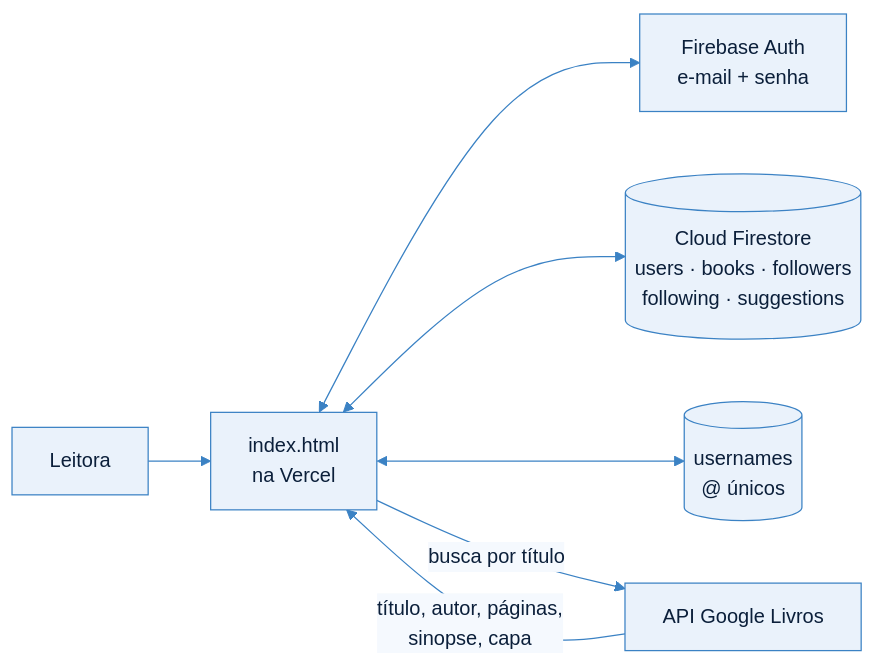
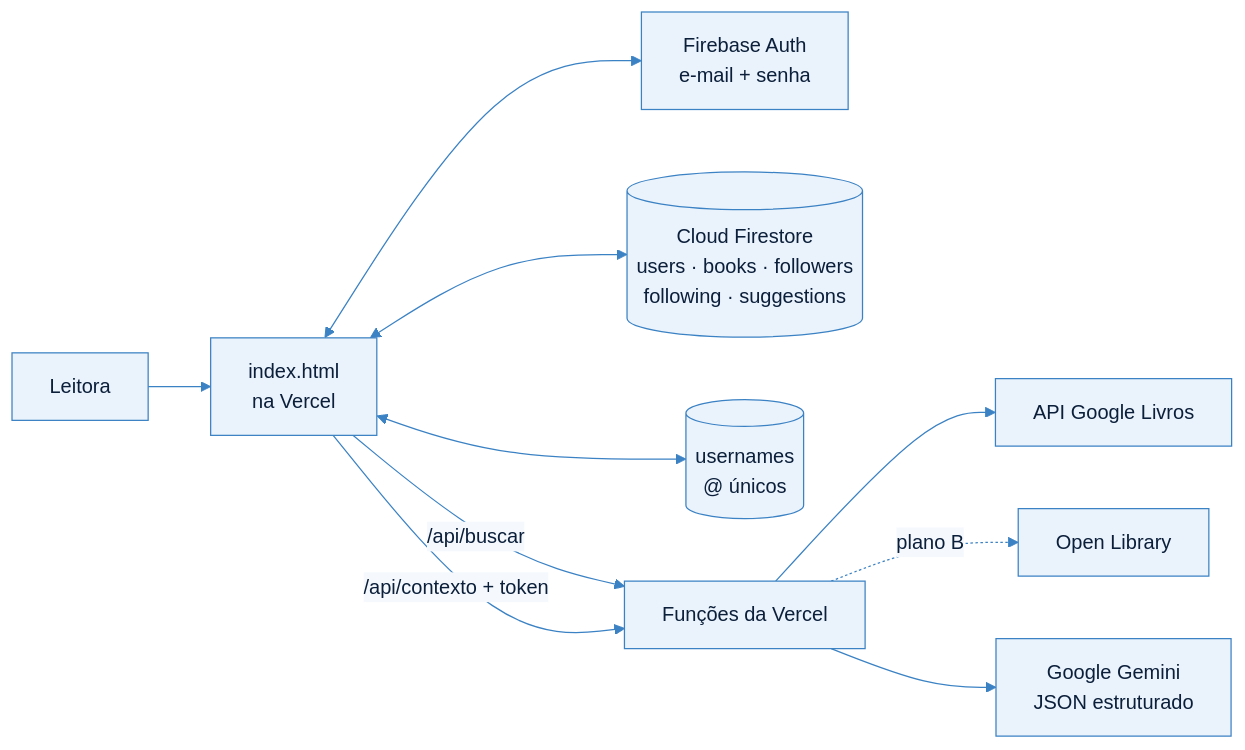
The second of 2 diagrams in README.md (amandapasqualotto/minhabiblioteca), drawn with Mermaid before and after one commit. The commit also changed other lines of this file and 3 other files, not shown here.

First line of the commit message:
Busca confiável, preenchimento automático e contexto da obra com IA

````diff
--- a/README.md
+++ b/README.md
@@ -317,10 +329,13 @@
 ```mermaid
 %%{init: {'theme':'base','themeVariables':{'primaryColor':'#EAF2FB','primaryBorderColor':'#3B82C4','primaryTextColor':'#0B1F3A','lineColor':'#3B82C4','edgeLabelBackground':'#F5F9FE','fontFamily':'Fira Code'}}}%%
 flowchart LR
     U["Leitora"] --> APP["index.html<br/>na Vercel"]
     APP <--> AUTH["Firebase Auth<br/>e-mail + senha"]
     APP <--> FS[("Cloud Firestore<br/>users · books · followers<br/>following · suggestions")]
     APP <--> UN[("usernames<br/>@ únicos")]
-    APP -->|"busca por título"| GB["API Google Livros"]
-    GB -->|"título, autor, páginas,<br/>sinopse, capa"| APP
+    APP -->|"/api/buscar"| FN["Funções da Vercel"]
+    FN --> GB["API Google Livros"]
+    FN -.->|"plano B"| OL["Open Library"]
+    APP -->|"/api/contexto + token"| FN
+    FN --> GEM["Google Gemini<br/>JSON estruturado"]
 ```
````
